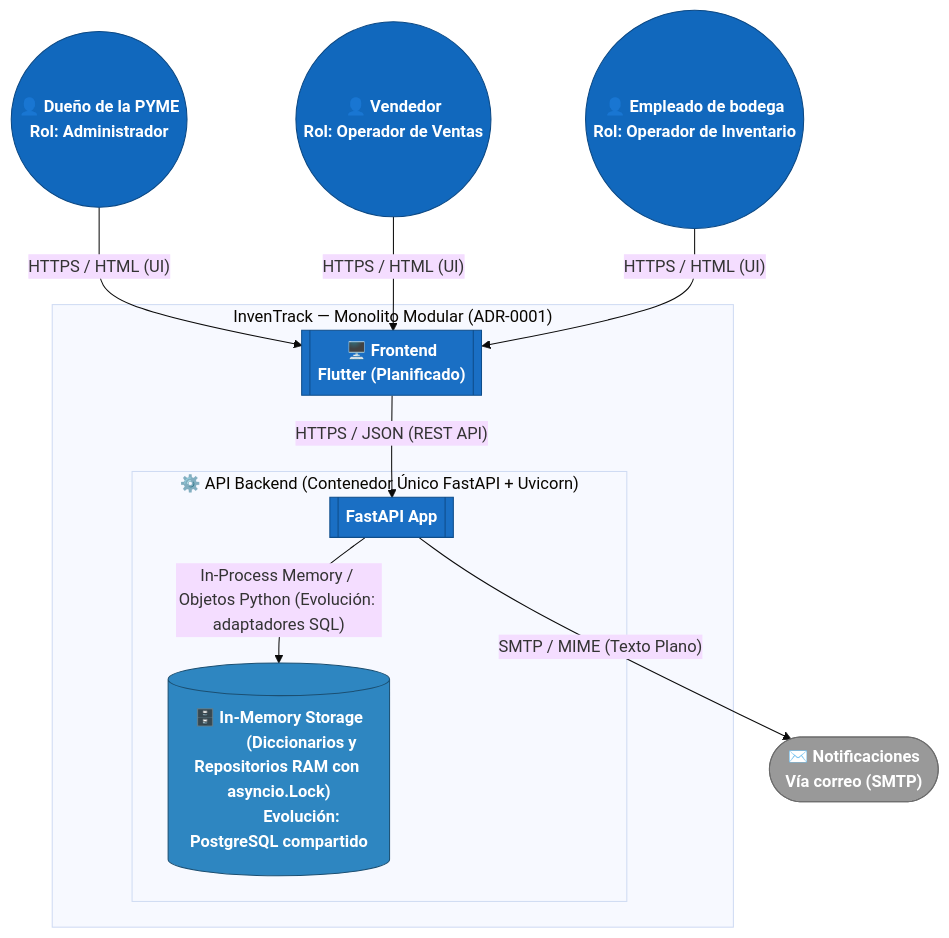
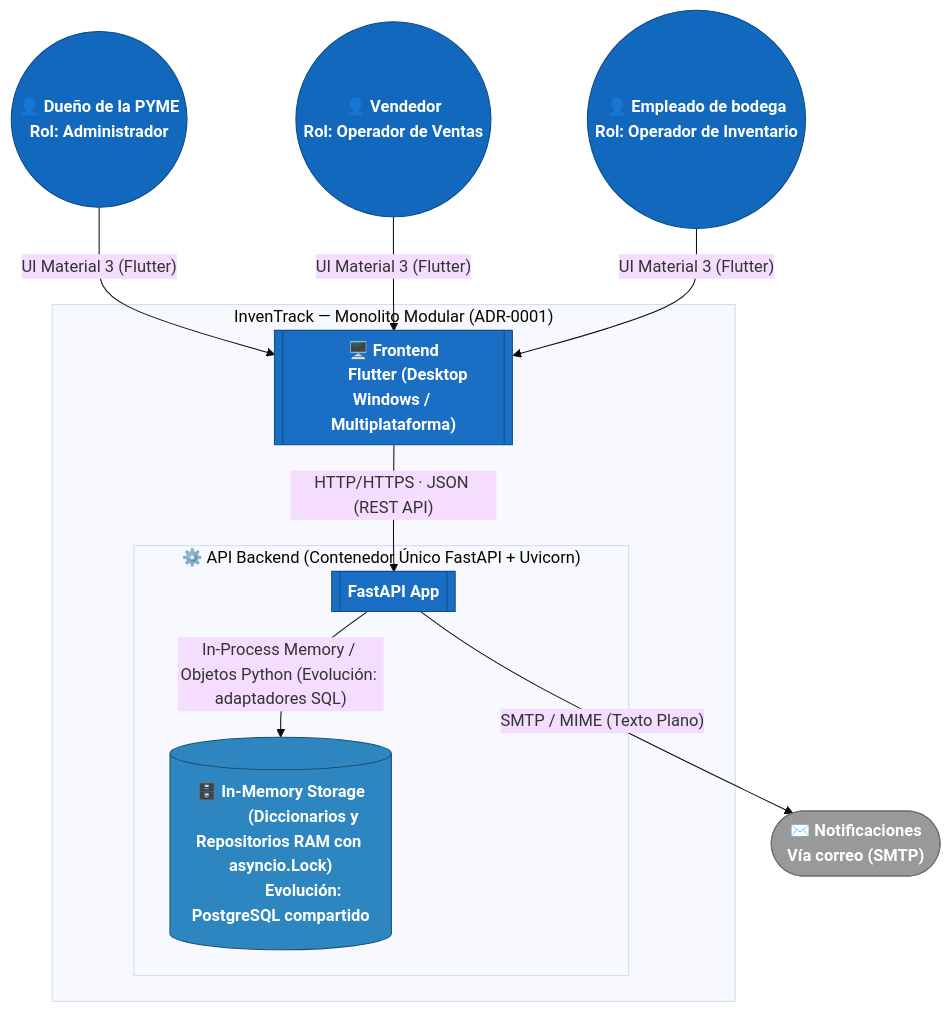
One commit to ISCOUTB/AS_202620_InvenTrack changed the first of 2 diagrams in docs/c4/containers.md. Above: the diagram before and after it, drawn with Mermaid (base theme). The commit also changed other lines of this file and 52 other files, not shown here.

````diff
--- a/docs/c4/containers.md
+++ b/docs/c4/containers.md
@@ -9,41 +9,41 @@
 ```mermaid
 flowchart TB
     Dueno(("👤 Dueño de la PYME
     Rol: Administrador"))
     Vendedor(("👤 Vendedor
     Rol: Operador de Ventas"))
     Empleado(("👤 Empleado de bodega
     Rol: Operador de Inventario"))
 
     subgraph InvenTrack["InvenTrack — Monolito Modular (ADR-0001)"]
         Web[["🖥️ Frontend
-        Flutter (Planificado)"]]
+        Flutter (Desktop Windows / Multiplataforma)"]]
         
         subgraph ApiContainer ["⚙️ API Backend (Contenedor Único FastAPI + Uvicorn)"]
             Api[["FastAPI App"]]
             Db[("🗄️ In-Memory Storage
             (Diccionarios y Repositorios RAM con asyncio.Lock)
             Evolución: PostgreSQL compartido")]
         end
     end
 
     Notif(["✉️ Notificaciones
     Vía correo (SMTP)"])
 
-    Dueno -- "HTTPS / HTML (UI)" --> Web
-    Vendedor -- "HTTPS / HTML (UI)" --> Web
-    Empleado -- "HTTPS / HTML (UI)" --> Web
-    Web -- "HTTPS / JSON (REST API)" --> Api
+    Dueno -- "UI Material 3 (Flutter)" --> Web
+    Vendedor -- "UI Material 3 (Flutter)" --> Web
+    Empleado -- "UI Material 3 (Flutter)" --> Web
+    Web -- "HTTP/HTTPS · JSON (REST API)" --> Api
     Api -- "In-Process Memory / Objetos Python (Evolución: adaptadores SQL)" --> Db
     Api -- "SMTP / MIME (Texto Plano)" --> Notif
 
     classDef person fill:#1168bd,stroke:#0b4884,color:#ffffff,font-weight:bold
     classDef container fill:#1a6fc4,stroke:#0e4d8a,color:#ffffff,font-weight:bold
     classDef db fill:#2e86c1,stroke:#1b4f72,color:#ffffff,font-weight:bold
     classDef external fill:#999999,stroke:#6b6b6b,color:#ffffff,font-weight:bold
 
     class Dueno,Vendedor,Empleado person
     class Web,Api container
     class Db db
     class Notif external
 ```
````
